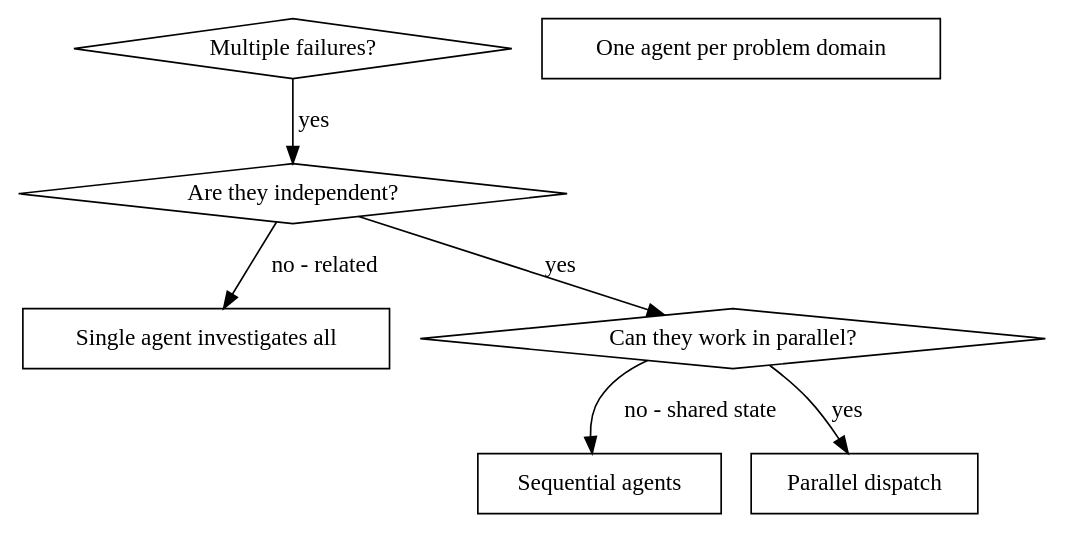
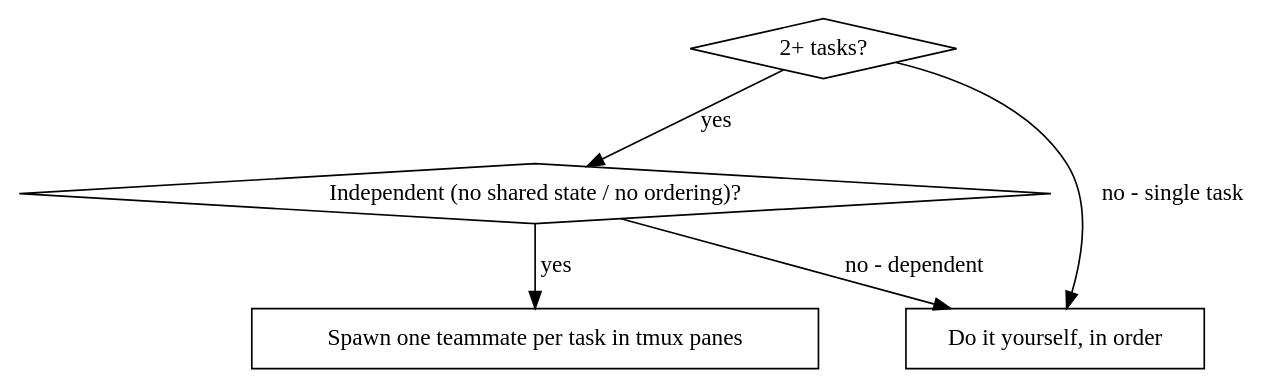
Before and after one commit to aaryan-rampal/superpowers: the diagram in skills/dispatching-parallel-agents/SKILL.md, drawn with Graphviz. The commit also changed other lines of this file and 9 other files, not shown here.

````diff
--- a/skills/dispatching-parallel-agents/SKILL.md
+++ b/skills/dispatching-parallel-agents/SKILL.md
@@ -18,17 +28,13 @@
 ```dot
 digraph when_to_use {
-    "Multiple failures?" [shape=diamond];
-    "Are they independent?" [shape=diamond];
-    "Single agent investigates all" [shape=box];
-    "One agent per problem domain" [shape=box];
-    "Can they work in parallel?" [shape=diamond];
-    "Sequential agents" [shape=box];
-    "Parallel dispatch" [shape=box];
+    "2+ tasks?" [shape=diamond];
+    "Independent (no shared state / no ordering)?" [shape=diamond];
+    "Do it yourself, in order" [shape=box];
+    "Spawn one teammate per task in tmux panes" [shape=box];
 
-    "Multiple failures?" -> "Are they independent?" [label="yes"];
-    "Are they independent?" -> "Single agent investigates all" [label="no - related"];
-    "Are they independent?" -> "Can they work in parallel?" [label="yes"];
-    "Can they work in parallel?" -> "Parallel dispatch" [label="yes"];
-    "Can they work in parallel?" -> "Sequential agents" [label="no - shared state"];
+    "2+ tasks?" -> "Independent (no shared state / no ordering)?" [label="yes"];
+    "2+ tasks?" -> "Do it yourself, in order" [label="no - single task"];
+    "Independent (no shared state / no ordering)?" -> "Spawn one teammate per task in tmux panes" [label="yes"];
+    "Independent (no shared state / no ordering)?" -> "Do it yourself, in order" [label="no - dependent"];
 }
 ```
````
